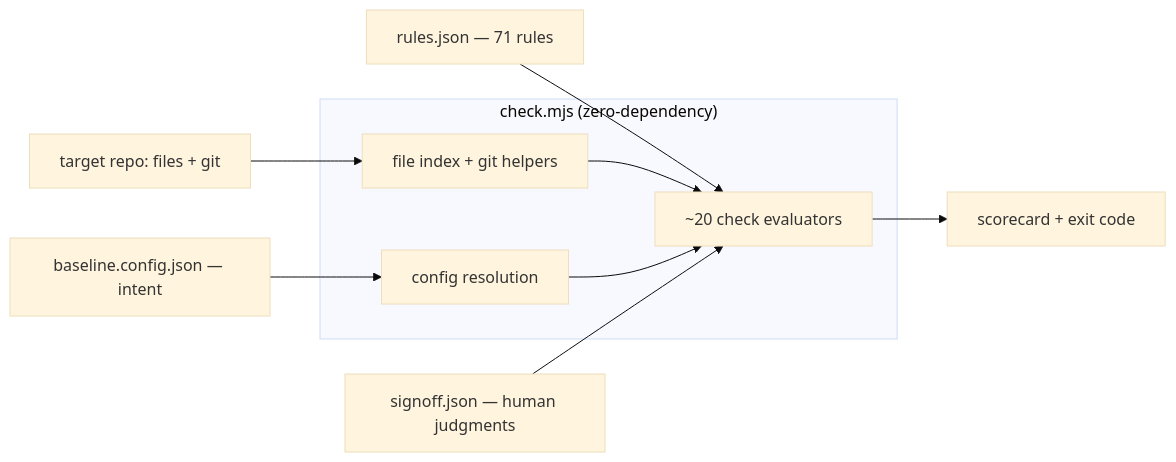
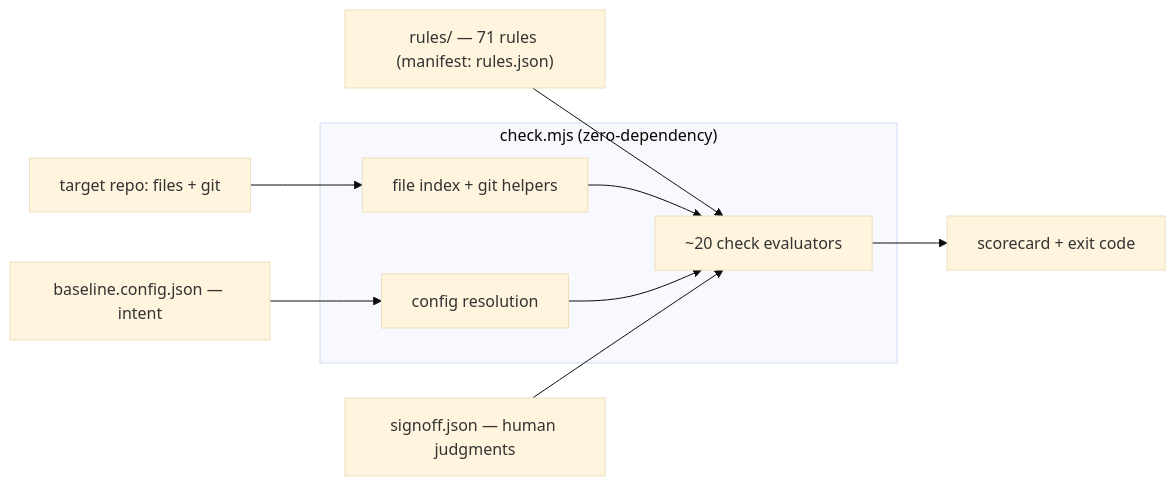
The first of 3 diagrams in REFERENCE.md (AdarGit008/baseline-skill), drawn with Mermaid (base theme) before and after one commit. The commit also changed other lines of this file and 4 other files, not shown here.

````diff
--- a/REFERENCE.md
+++ b/REFERENCE.md
@@ -58,12 +58,12 @@
 ```mermaid
 flowchart LR
   CFG["baseline.config.json — intent"] --> RES
-  RULES["rules.json — 71 rules"] --> EVAL
+  RULES["rules/ — 71 rules (manifest: rules.json)"] --> EVAL
   REPO["target repo: files + git"] --> IDX
   subgraph ENGINE["check.mjs (zero-dependency)"]
     IDX["file index + git helpers"] --> EVAL["~20 check evaluators"]
     RES["config resolution"] --> EVAL
   end
   SO["signoff.json — human judgments"] --> EVAL
   EVAL --> OUT["scorecard + exit code"]
 ```
````
